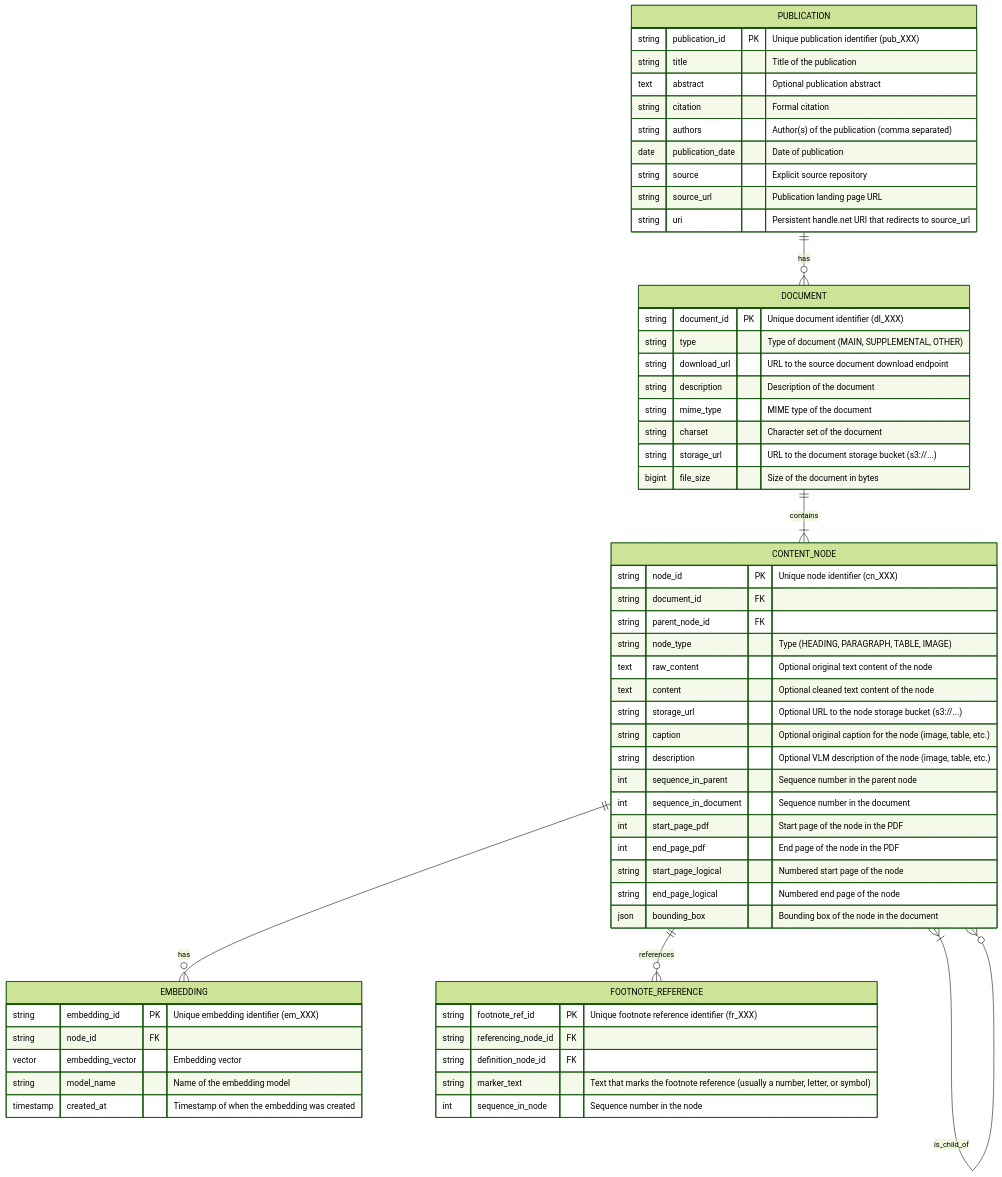
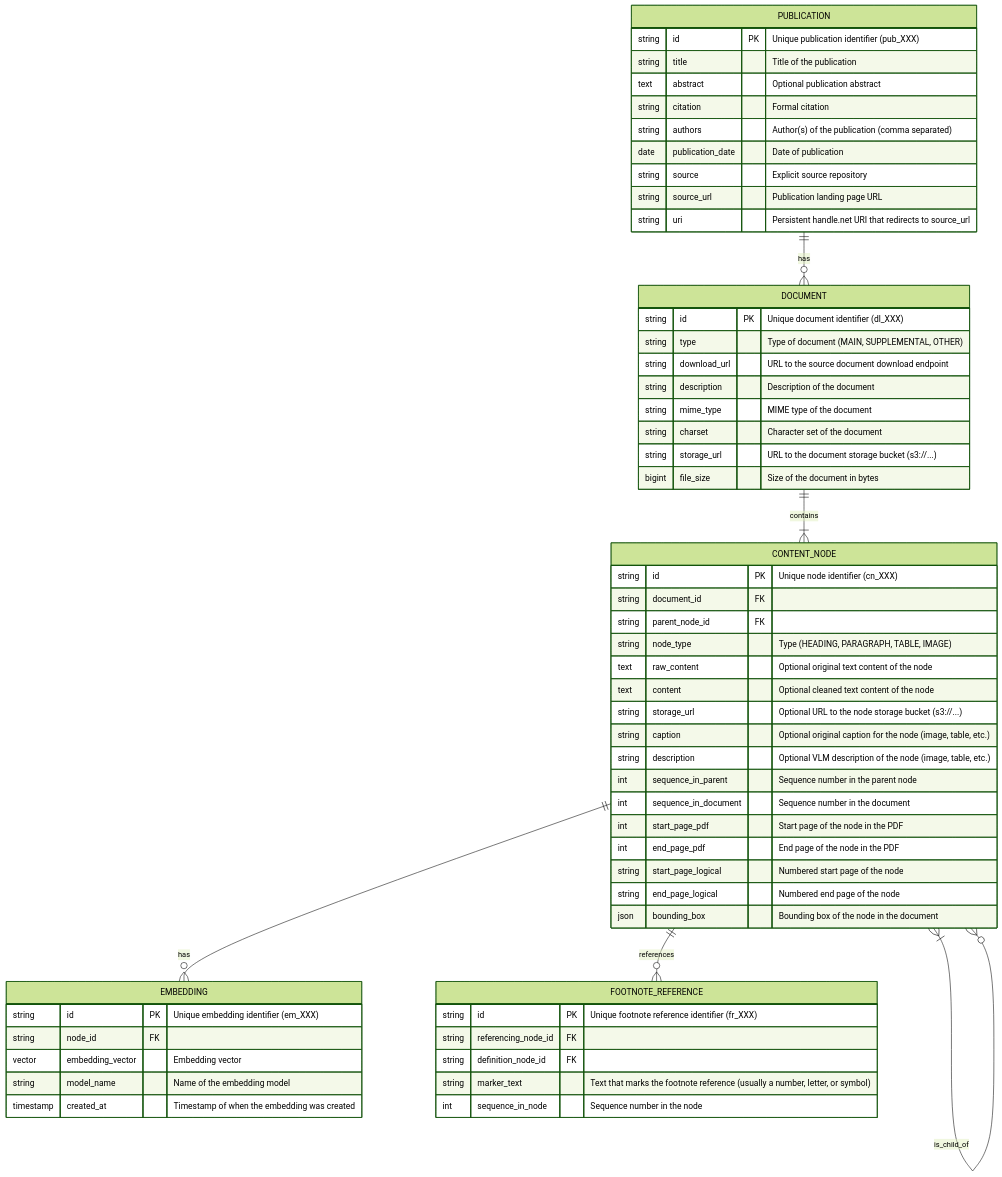
The second of 2 diagrams in README.md (Teal-Insights/ccdr-extraction-workflow), drawn with Mermaid (forest theme) before and after one commit. The commit also changed 12 other files, not shown here.

Commit message:
Database schema, setup, and validation enhancements

````diff
--- a/README.md
+++ b/README.md
@@ -52,72 +52,72 @@
 ```mermaid
 erDiagram
     %% Relationship lines
     PUBLICATION ||--o{ DOCUMENT : has
     DOCUMENT ||--|{ CONTENT_NODE : contains
     CONTENT_NODE }|--o{ CONTENT_NODE : is_child_of
     CONTENT_NODE ||--o{ EMBEDDING : has
     CONTENT_NODE ||--o{ FOOTNOTE_REFERENCE : references
     
     %% Entity: PUBLICATION
     PUBLICATION {
-        string publication_id PK "Unique publication identifier (pub_XXX)"
+        string id PK "Unique publication identifier (pub_XXX)"
         string title "Title of the publication"
         text abstract "Optional publication abstract"
         string citation "Formal citation"
         string authors "Author(s) of the publication (comma separated)"
         date publication_date "Date of publication"
         string source "Explicit source repository"
         string source_url "Publication landing page URL"
         string uri "Persistent handle.net URI that redirects to source_url"
     }
 
     %% ENTITY: DOCUMENT
     DOCUMENT {
-        string document_id PK "Unique document identifier (dl_XXX)"
+        string id PK "Unique document identifier (dl_XXX)"
         string type "Type of document (MAIN, SUPPLEMENTAL, OTHER)"
         string download_url "URL to the source document download endpoint"
         string description "Description of the document"
         string mime_type "MIME type of the document"
         string charset "Character set of the document"
         string storage_url "URL to the document storage bucket (s3://...)"
         bigint file_size "Size of the document in bytes"
     }
 
     %% ENTITY: CONTENT_NODE
     CONTENT_NODE {
-        string node_id PK "Unique node identifier (cn_XXX)"
+        string id PK "Unique node identifier (cn_XXX)"
         string document_id FK
         string parent_node_id FK
         string node_type "Type (HEADING, PARAGRAPH, TABLE, IMAGE)"
         text raw_content "Optional original text content of the node"
         text content "Optional cleaned text content of the node"
         string storage_url "Optional URL to the node storage bucket (s3://...)"
         string caption "Optional original caption for the node (image, table, etc.)"
         string description "Optional VLM description of the node (image, table, etc.)"
         int sequence_in_parent "Sequence number in the parent node"
         int sequence_in_document "Sequence number in the document"
         int start_page_pdf "Start page of the node in the PDF"
         int end_page_pdf "End page of the node in the PDF"
         string start_page_logical "Numbered start page of the node"
         string end_page_logical "Numbered end page of the node"
         json bounding_box "Bounding box of the node in the document"
     }
     
     %% ENTITY: EMBEDDING
     EMBEDDING {
-        string embedding_id PK "Unique embedding identifier (em_XXX)"
+        string id PK "Unique embedding identifier (em_XXX)"
         string node_id FK
         vector embedding_vector "Embedding vector"
         string model_name "Name of the embedding model"
         timestamp created_at "Timestamp of when the embedding was created"
     }
     
     %% ENTITY: FOOTNOTE_REFERENCE
     FOOTNOTE_REFERENCE {
-        string footnote_ref_id PK "Unique footnote reference identifier (fr_XXX)"
+        string id PK "Unique footnote reference identifier (fr_XXX)"
         string referencing_node_id FK
         string definition_node_id FK
         string marker_text "Text that marks the footnote reference (usually a number, letter, or symbol)"
         int sequence_in_node "Sequence number in the node"
     }
 ```
````
